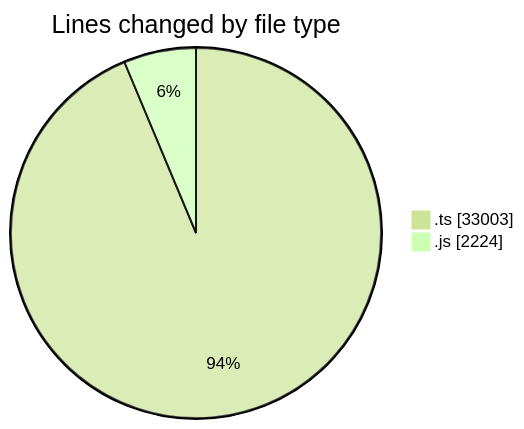
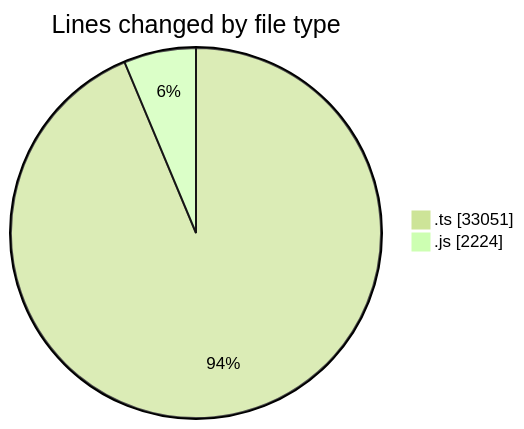
One commit to momahboobian/code-tracking changed the first of 2 diagrams in 2025-06-26/cda/README.md. Above: the diagram before and after it, drawn with Mermaid (forest theme). The commit also changed other lines of this file and 1 other file, not shown here.

````diff
--- a/2025-06-26/cda/README.md
+++ b/2025-06-26/cda/README.md
@@ -35,6 +35,6 @@
 ```mermaid
 pie showData
 title Lines changed by file type
-".ts" : 33003
+".ts" : 33051
 ".js" : 2224
 ```
````
